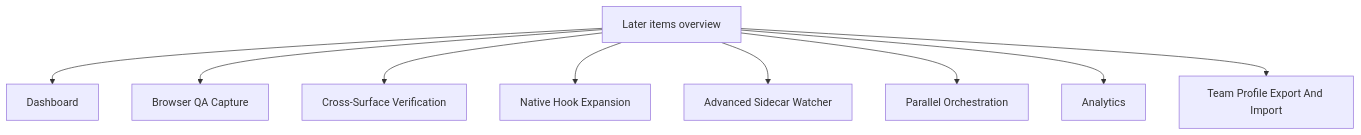
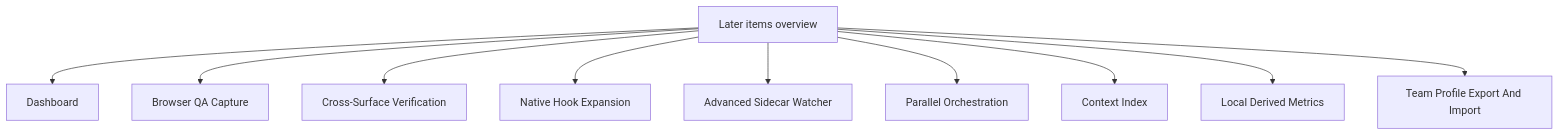
The third of 5 diagrams in docs/en/appendix/C-later-roadmap.md (minjungw00/Volicord), drawn with Mermaid before and after one commit. The commit also changed other lines of this file and 9 other files, not shown here.

Commit message:
docs: keep context index and metrics non-authoritative

````diff
--- a/docs/en/appendix/C-later-roadmap.md
+++ b/docs/en/appendix/C-later-roadmap.md
@@ -43,11 +43,12 @@
 ```mermaid
 flowchart TD
   LaterItems["Later items overview"] --> Dashboard["Dashboard"]
   LaterItems --> BrowserQA["Browser QA Capture"]
   LaterItems --> CrossSurface["Cross-Surface Verification"]
   LaterItems --> Hooks["Native Hook Expansion"]
   LaterItems --> Watcher["Advanced Sidecar Watcher"]
   LaterItems --> Parallel["Parallel Orchestration"]
-  LaterItems --> Analytics["Analytics"]
+  LaterItems --> ContextIndex["Context Index"]
+  LaterItems --> LocalMetrics["Local Derived Metrics"]
   LaterItems --> TeamProfiles["Team Profile Export And Import"]
 ```
````
